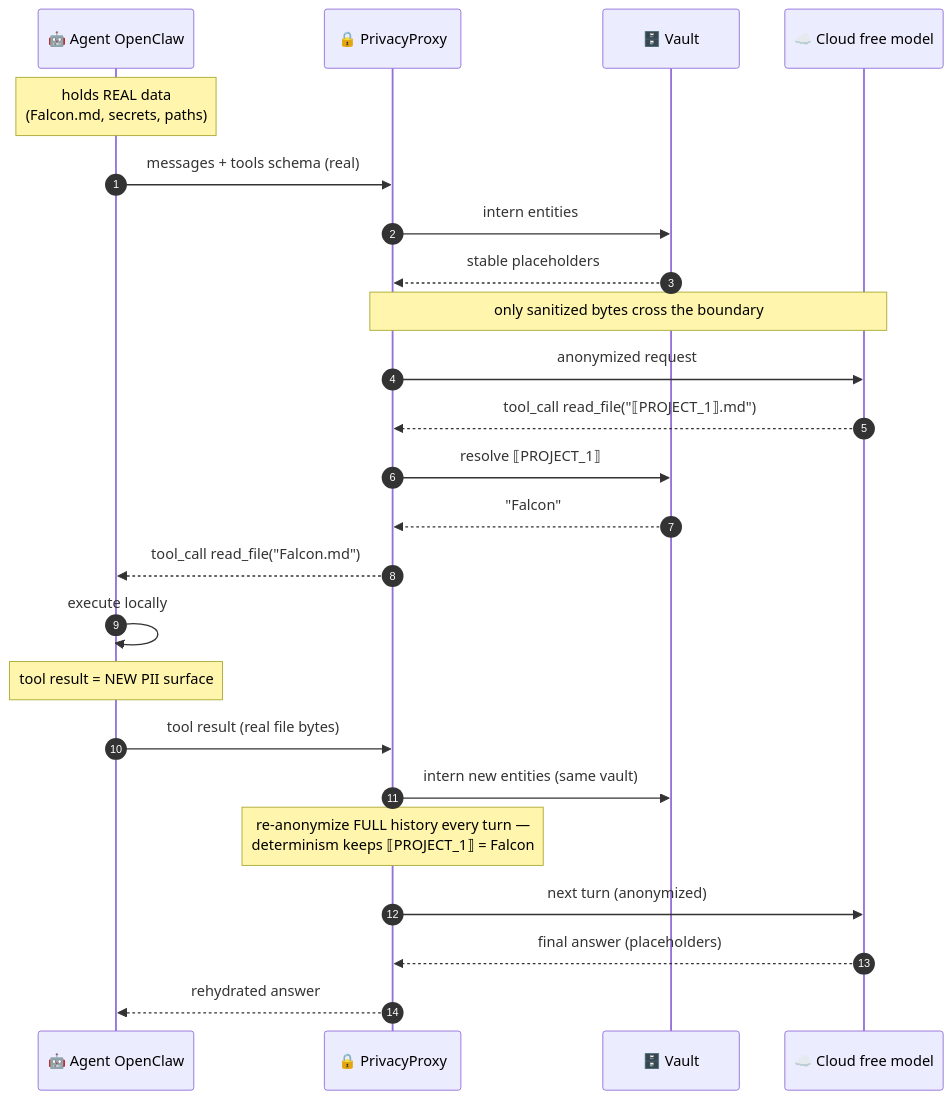
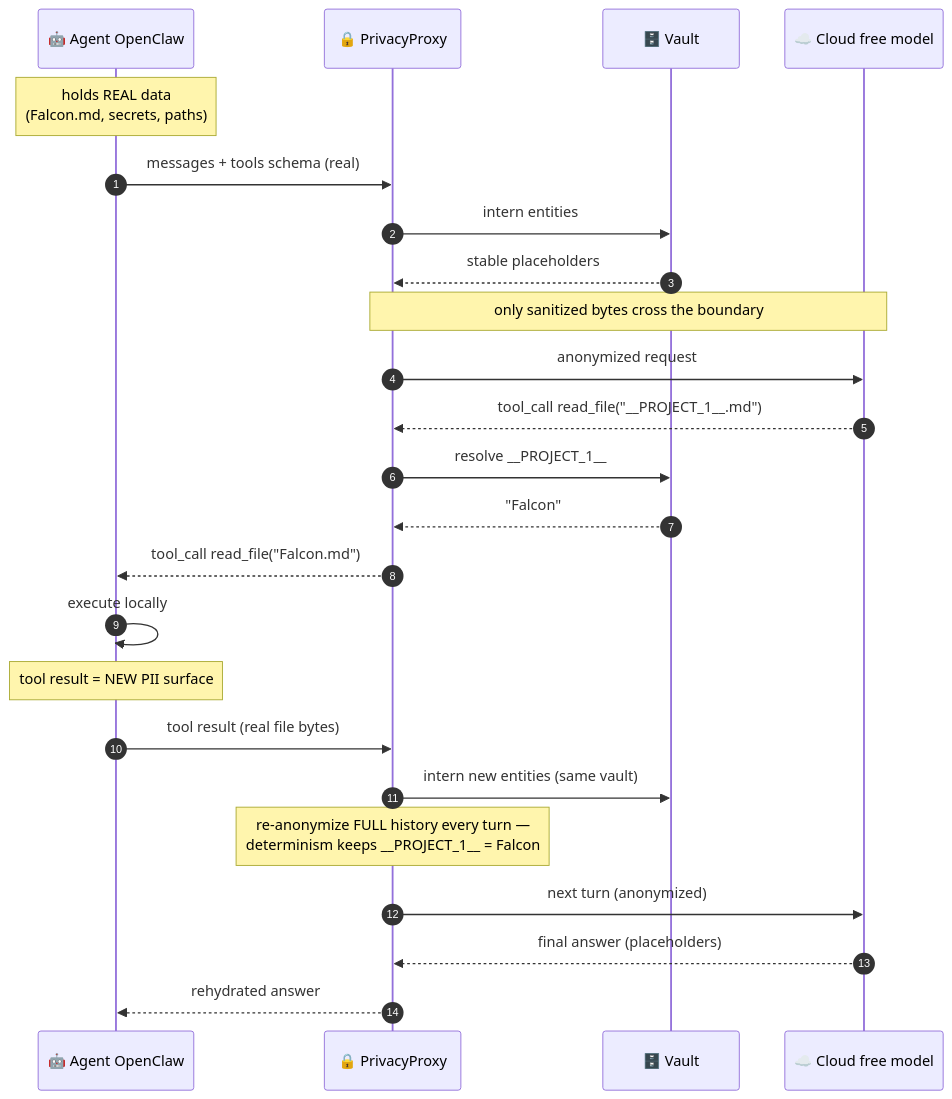
The second of 14 diagrams in ARCHITECTURE.md (ai-hpc/PrivacyProxy), drawn with Mermaid before and after one commit. The commit also changed other lines of this file, not shown here.

First line of the commit message:
docs: sync ARCHITECTURE placeholder format to __TAG_N__

````diff
--- a/ARCHITECTURE.md
+++ b/ARCHITECTURE.md
@@ -83,27 +83,27 @@
 ```mermaid
 sequenceDiagram
     autonumber
     participant A as 🤖 Agent OpenClaw
     participant G as 🔒 PrivacyProxy
     participant V as 🗄️ Vault
     participant C as ☁️ Cloud free model
 
     Note over A: holds REAL data<br/>(Falcon.md, secrets, paths)
     A->>G: messages + tools schema (real)
     G->>V: intern entities
     V-->>G: stable placeholders
     Note over G,C: only sanitized bytes cross the boundary
     G->>C: anonymized request
-    C-->>G: tool_call read_file("⟦PROJECT_1⟧.md")
-    G->>V: resolve ⟦PROJECT_1⟧
+    C-->>G: tool_call read_file("__PROJECT_1__.md")
+    G->>V: resolve __PROJECT_1__
     V-->>G: "Falcon"
     G-->>A: tool_call read_file("Falcon.md")
     A->>A: execute locally
     Note over A: tool result = NEW PII surface
     A->>G: tool result (real file bytes)
     G->>V: intern new entities (same vault)
-    Note over G: re-anonymize FULL history every turn —<br/>determinism keeps ⟦PROJECT_1⟧ = Falcon
+    Note over G: re-anonymize FULL history every turn —<br/>determinism keeps __PROJECT_1__ = Falcon
     G->>C: next turn (anonymized)
     C-->>G: final answer (placeholders)
     G-->>A: rehydrated answer
 ```
````
